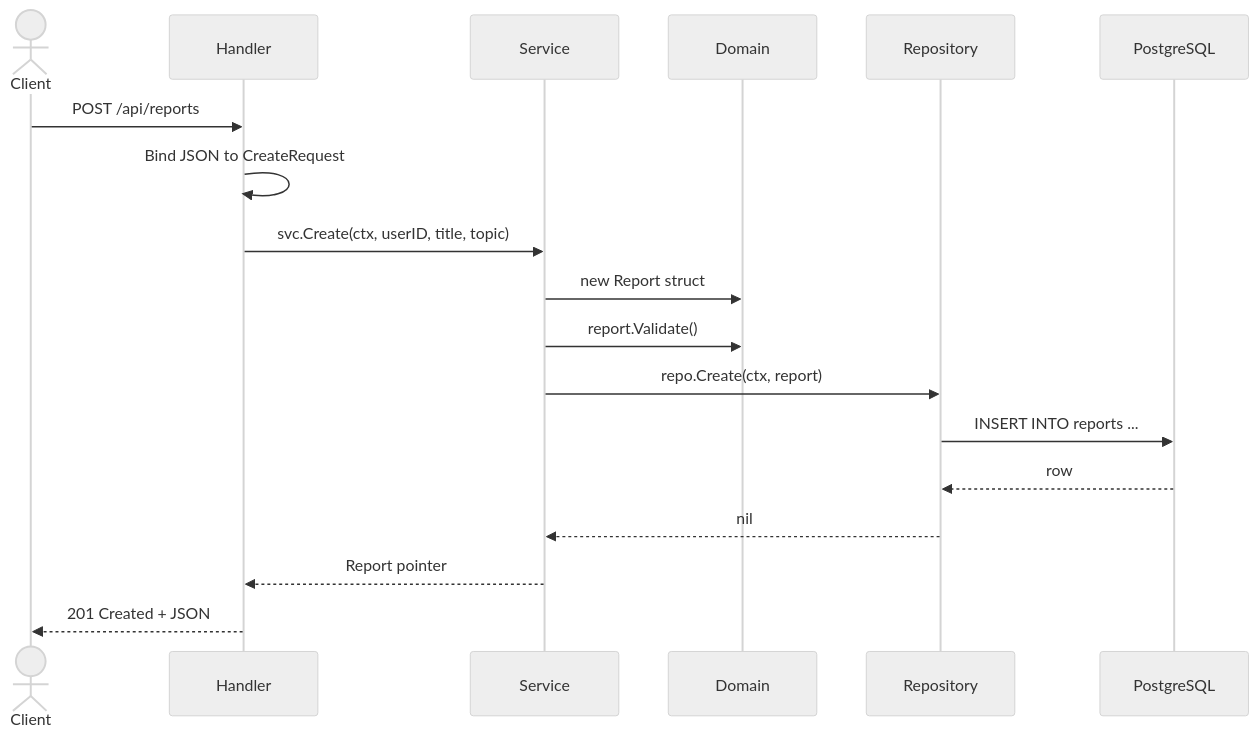
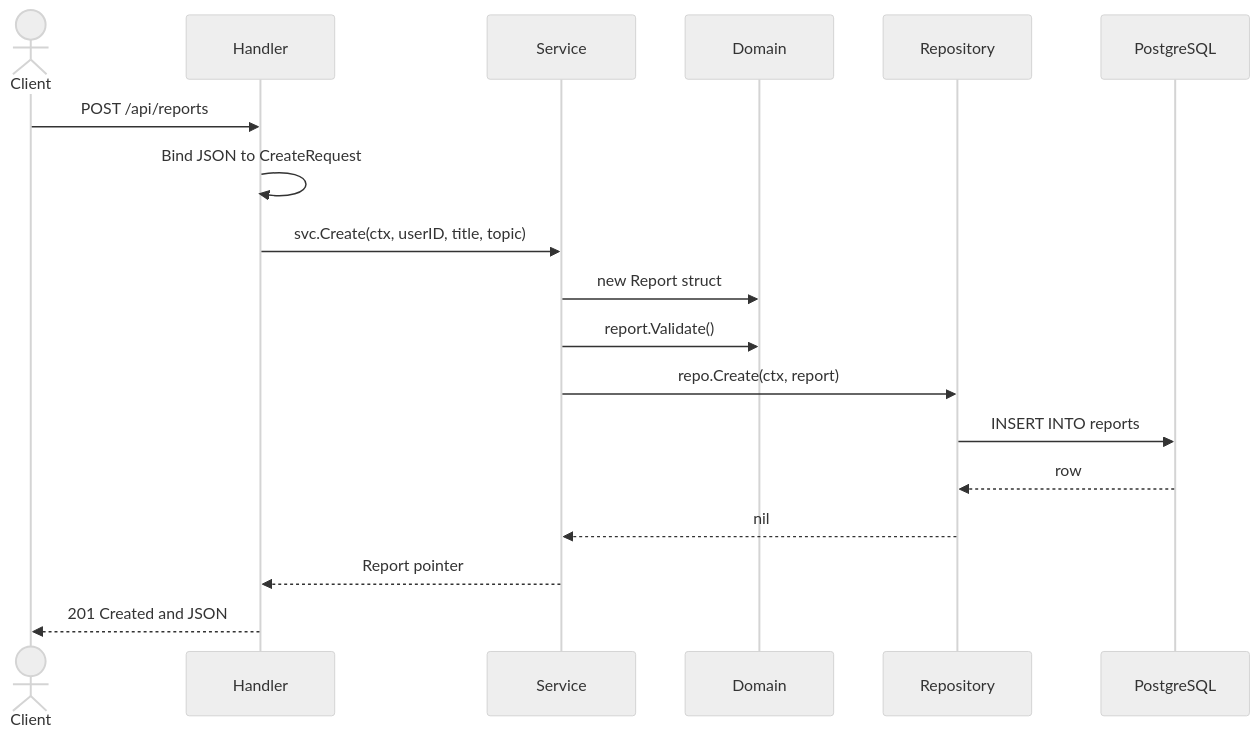
One commit to ileego/go_react_ai changed the second of 2 diagrams in book/ch03.md. Above: the diagram before and after it, drawn with Mermaid (neutral theme). The commit also changed 1 other file, not shown here.

Commit message:
fix(ch03): 修复3.3节sequenceDiagram语法
- 移除消息文本中的省略号（...）和加号（+），避免Mermaid解析错误

````diff
--- a/book/ch03.md
+++ b/book/ch03.md
@@ -339,21 +339,21 @@
 ```mermaid
 sequenceDiagram
     actor Client
     participant H as Handler
     participant S as Service
     participant D as Domain
     participant R as Repository
     participant DB as PostgreSQL
 
     Client->>H: POST /api/reports
     H->>H: Bind JSON to CreateRequest
     H->>S: svc.Create(ctx, userID, title, topic)
     S->>D: new Report struct
     S->>D: report.Validate()
     S->>R: repo.Create(ctx, report)
-    R->>DB: INSERT INTO reports ...
+    R->>DB: INSERT INTO reports
     DB-->>R: row
     R-->>S: nil
     S-->>H: Report pointer
-    H-->>Client: 201 Created + JSON
+    H-->>Client: 201 Created and JSON
 ```
````
